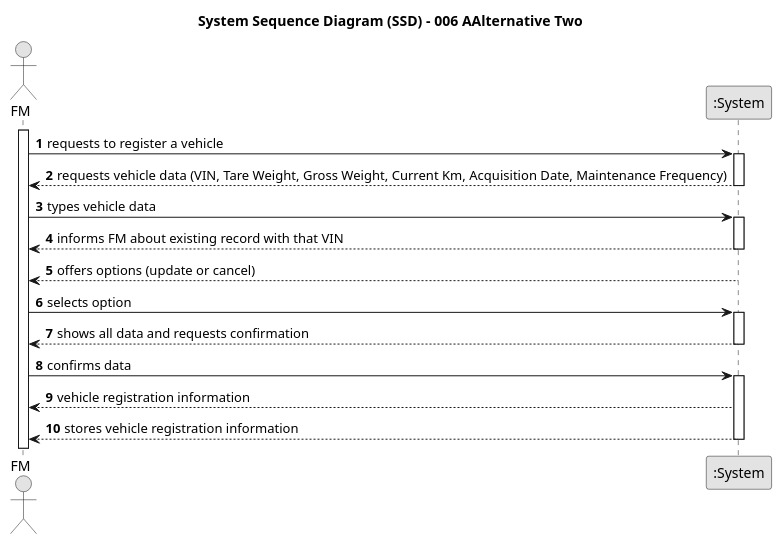
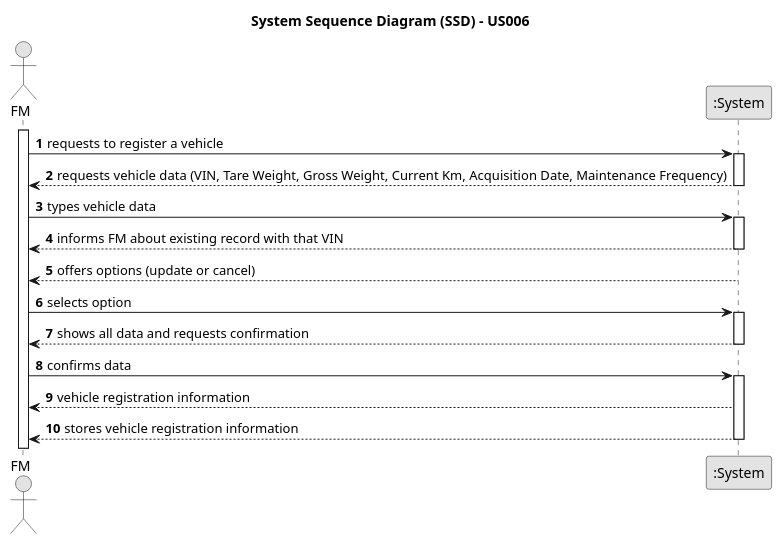
Before and after one commit to ricardomm7/leaflink: the diagram in docs/sprintA/us006/01.requirements-engineering/puml/us006-system-sequence-diagram-alternative-two.puml, drawn with PlantUML. The commit also changed 7 other files, not shown here.

```diff
--- a/docs/sprintA/us006/01.requirements-engineering/puml/us006-system-sequence-diagram-alternative-two.puml
+++ b/docs/sprintA/us006/01.requirements-engineering/puml/us006-system-sequence-diagram-alternative-two.puml
@@ -1,43 +1,43 @@
 @startuml
 skinparam monochrome true
 skinparam packageStyle rectangle
 skinparam shadowing false
 
-title System Sequence Diagram (SSD) - 006 AAlternative Two
+title System Sequence Diagram (SSD) - US006
 
 autonumber
 
 actor "FM" as FM
 participant ":System" as System
 
 activate FM
 
     FM -> System : requests to register a vehicle
     activate System
 
         System --> FM : requests vehicle data (VIN, Tare Weight, Gross Weight, Current Km, Acquisition Date, Maintenance Frequency)
     deactivate System
 
     FM -> System : types vehicle data
     activate System
 
         System --> FM : informs FM about existing record with that VIN
     deactivate System
 
     System --> FM : offers options (update or cancel)
         deactivate System
 
     FM -> System : selects option
         activate System
 
         System --> FM : shows all data and requests confirmation
     deactivate System
 
     FM -> System : confirms data
     activate System
 
         System --> FM :  vehicle registration information
         System --> FM : stores vehicle registration information
     deactivate System
 
 @enduml
```
